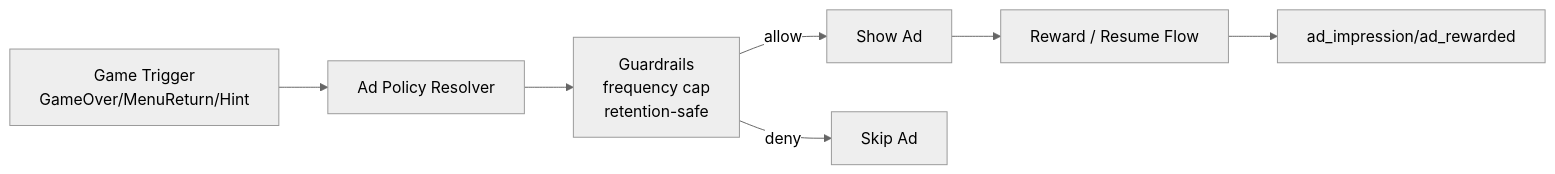
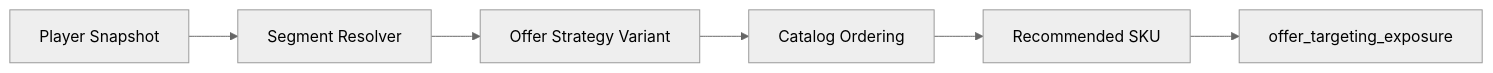
One commit to Linol-Hamelton/Block-Puzzle changed the fourth of 4 diagrams in docs/architecture/03_RELATION_MAP.md. Above: the diagram before and after it, drawn with Mermaid (neutral theme). The commit also changed other lines of this file and 180 other files, not shown here.

Commit message:
chore: sync current project state and roadmap/docs updates

````diff
--- a/docs/architecture/03_RELATION_MAP.md
+++ b/docs/architecture/03_RELATION_MAP.md
@@ -55,9 +53,8 @@
 ```mermaid
 flowchart LR
-  Trigger[Game Trigger\nGameOver/MenuReturn/Hint] --> Policy[Ad Policy Resolver]
-  Policy --> Guardrails[Guardrails\nfrequency cap\nretention-safe]
-  Guardrails -->|allow| ShowAd[Show Ad]
-  Guardrails -->|deny| SkipAd[Skip Ad]
-  ShowAd --> RewardFlow[Reward / Resume Flow]
-  RewardFlow --> Analytics[ad_impression/ad_rewarded]
+  Snapshot[Player Snapshot] --> Segment[Segment Resolver]
+  Segment --> Strategy[Offer Strategy Variant]
+  Strategy --> Catalog[Catalog Ordering]
+  Catalog --> Recommendation[Recommended SKU]
+  Recommendation --> Analytics[offer_targeting_exposure]
 ```
````
